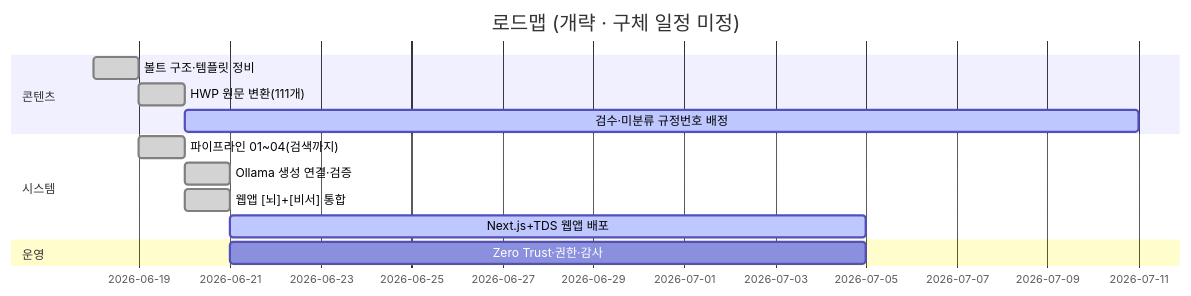
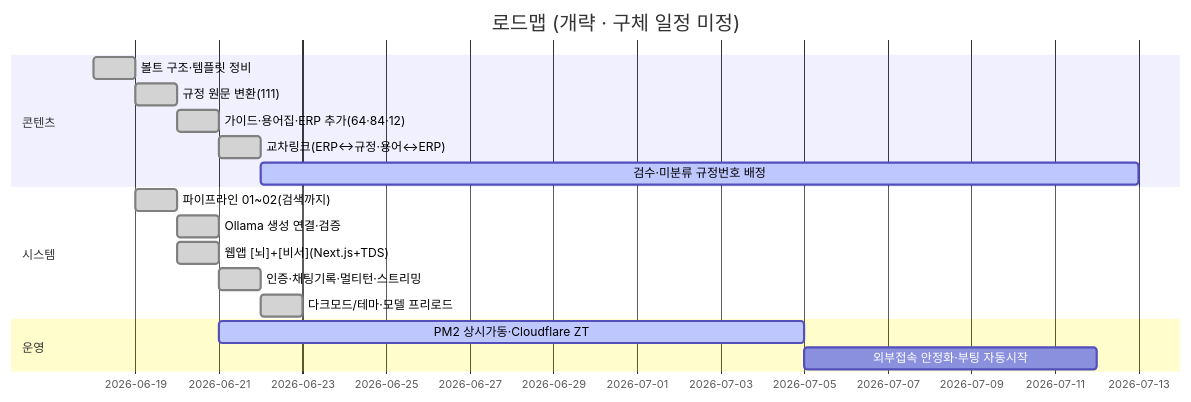
Before and after one commit to mooner92/KEIAdminSuperv: the third of 3 diagrams in README.md, drawn with Mermaid. The commit also changed other lines of this file and 6 other files, not shown here.

First line of the commit message:
docs: 문서 현행화 — 4개 섹션·271문서·교차링크·스트리밍·다크모드 + 간트 갱신

````diff
--- a/README.md
+++ b/README.md
@@ -300,16 +322,20 @@
 ```mermaid
 gantt
     title 로드맵 (개략 · 구체 일정 미정)
     dateFormat YYYY-MM-DD
     section 콘텐츠
-    볼트 구조·템플릿 정비        :done, a1, 2026-06-18, 1d
-    HWP 원문 변환(111개)         :done, a2, after a1, 1d
-    검수·미분류 규정번호 배정    :active, a3, after a2, 21d
+    볼트 구조·템플릿 정비             :done, a1, 2026-06-18, 1d
+    규정 원문 변환(111)               :done, a2, after a1, 1d
+    가이드·용어집·ERP 추가(64·84·12)  :done, a3, after a2, 1d
+    교차링크(ERP↔규정·용어↔ERP)       :done, a4, after a3, 1d
+    검수·미분류 규정번호 배정         :active, a5, after a4, 21d
     section 시스템
-    파이프라인 01~04(검색까지)   :done, b1, after a1, 1d
-    Ollama 생성 연결·검증        :done, b2, after b1, 1d
-    웹앱 [뇌]+[비서] 통합         :done, b3, after b1, 1d
-    Next.js+TDS 웹앱 배포         :active, b4, after b2, 14d
+    파이프라인 01~02(검색까지)        :done, b1, after a1, 1d
+    Ollama 생성 연결·검증             :done, b2, after b1, 1d
+    웹앱 [뇌]+[비서](Next.js+TDS)      :done, b3, after b1, 1d
+    인증·채팅기록·멀티턴·스트리밍     :done, b4, after b3, 1d
+    다크모드/테마·모델 프리로드       :done, b5, after b4, 1d
     section 운영
-    Zero Trust·권한·감사         :         c1, after b3, 14d
+    PM2 상시가동·Cloudflare ZT        :active, c1, after b3, 14d
+    외부접속 안정화·부팅 자동시작     :         c2, after c1, 7d
 ```
````
